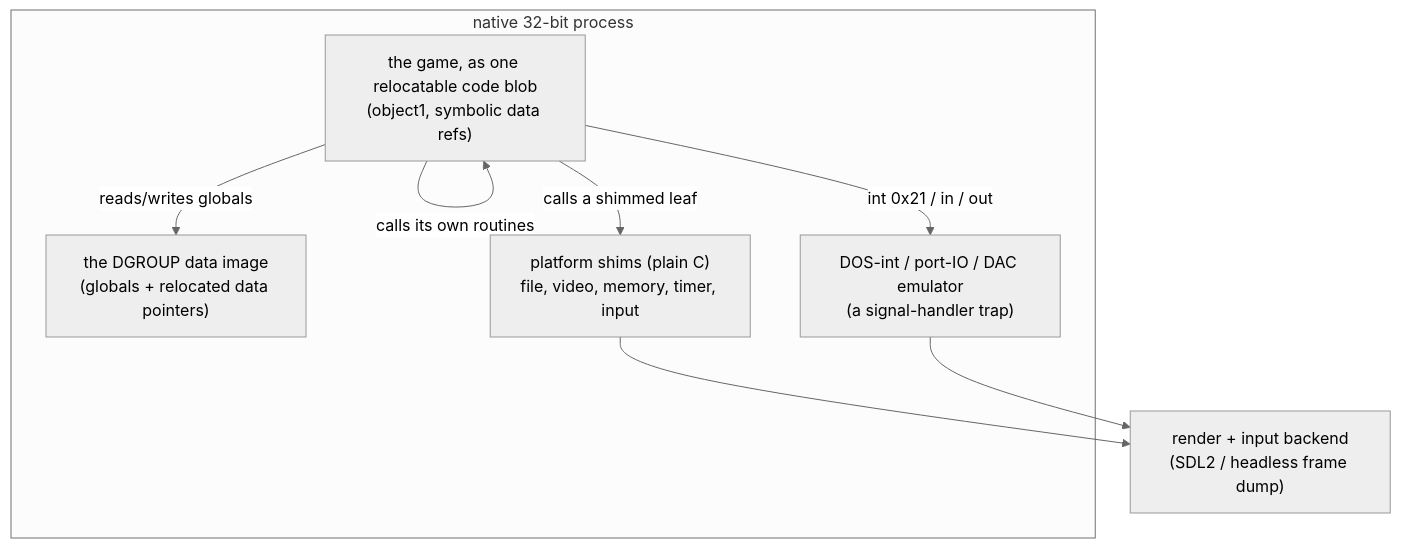
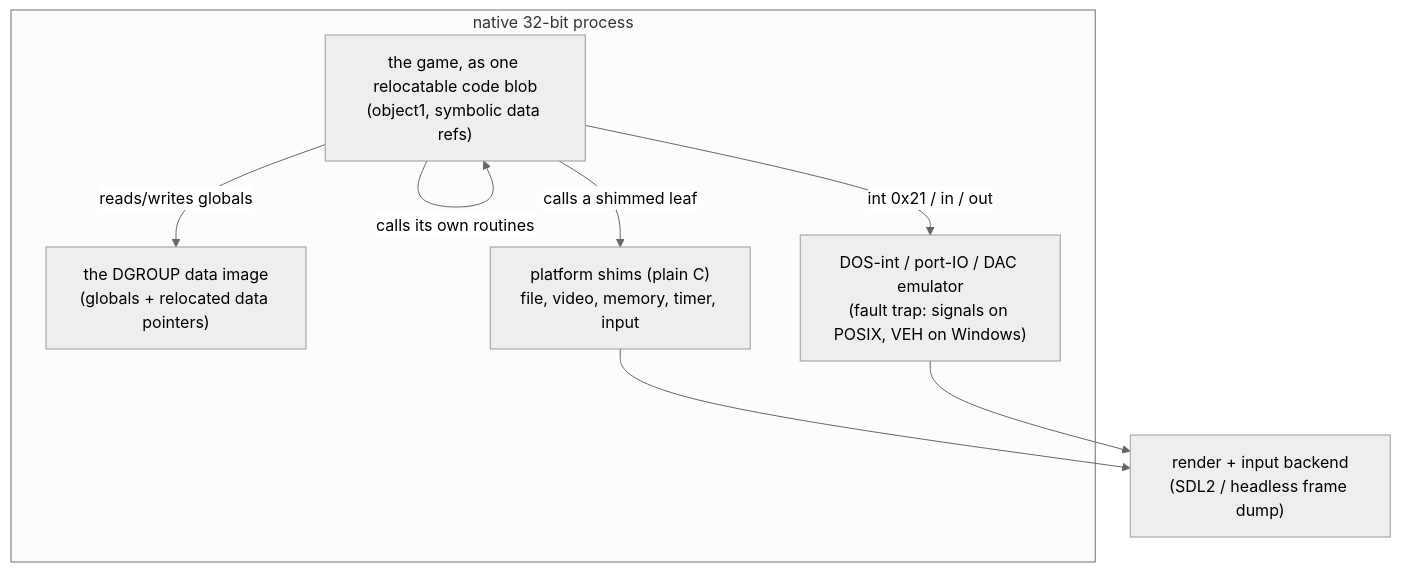
One commit to WildPress/vibesynd changed the first of 3 diagrams in docs/native-port.md. Above: the diagram before and after it, drawn with Mermaid (neutral theme). The commit also changed other lines of this file and 1 other file, not shown here.

First line of the commit message:
docs: the native port now runs the whole game on Windows in a live window

````diff
--- a/docs/native-port.md
+++ b/docs/native-port.md
@@ -39,15 +40,15 @@
 ```mermaid
 flowchart TD
     subgraph native["native 32-bit process"]
         BLOB["the game, as one relocatable code blob<br/>(object1, symbolic data refs)"]
         DATA["the DGROUP data image<br/>(globals + relocated data pointers)"]
         SHIM["platform shims (plain C)<br/>file, video, memory, timer, input"]
-        EMU["DOS-int / port-IO / DAC emulator<br/>(a signal-handler trap)"]
+        EMU["DOS-int / port-IO / DAC emulator<br/>(fault trap: signals on POSIX, VEH on Windows)"]
     end
     BLOB -->|calls its own routines| BLOB
     BLOB -->|reads/writes globals| DATA
     BLOB -->|calls a shimmed leaf| SHIM
     BLOB -->|int 0x21 / in / out| EMU
     SHIM --> SDL["render + input backend<br/>(SDL2 / headless frame dump)"]
     EMU --> SDL
 ```
````
